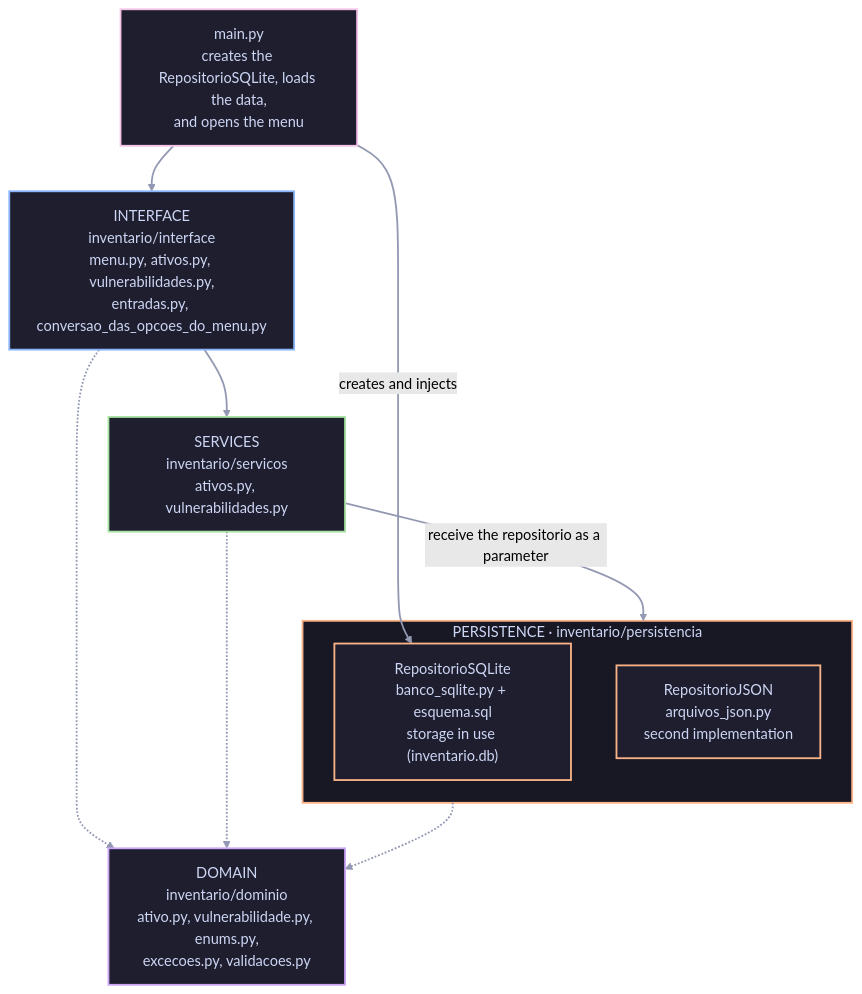
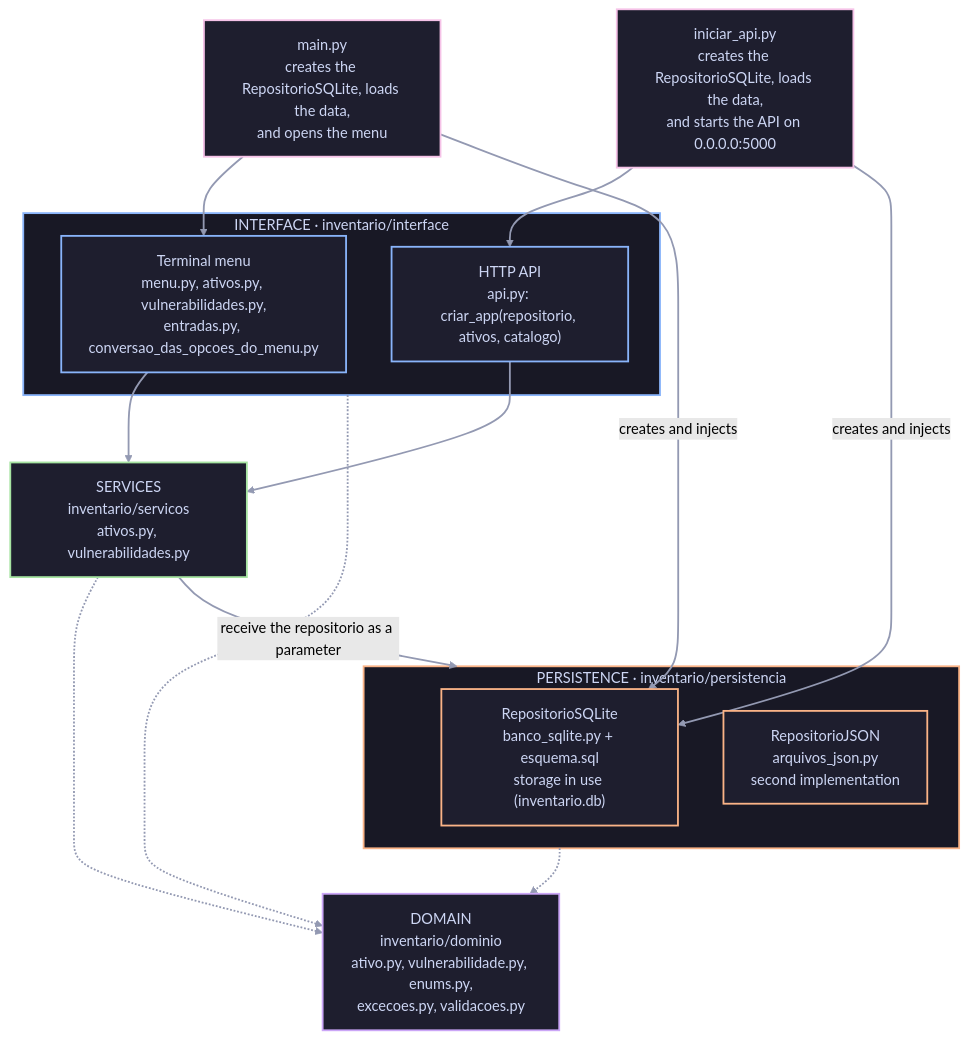
Before and after one commit to cadulugaresi/trab02_2026_2_12621cbs211: the diagram in README.md, drawn with Mermaid (forest theme). The commit also changed other lines of this file and 4 other files, not shown here.

````diff
--- a/README.md
+++ b/README.md
@@ -70,34 +93,42 @@
 ```mermaid
 flowchart TD
     main["main.py<br/>creates the RepositorioSQLite, loads the data,<br/>and opens the menu"]
-    interface["INTERFACE<br/>inventario/interface<br/>menu.py, ativos.py, vulnerabilidades.py,<br/>entradas.py, conversao_das_opcoes_do_menu.py"]
+    iniciarApi["iniciar_api.py<br/>creates the RepositorioSQLite, loads the data,<br/>and starts the API on 0.0.0.0:5000"]
+    subgraph interface["INTERFACE · inventario/interface"]
+        menu["Terminal menu<br/>menu.py, ativos.py, vulnerabilidades.py,<br/>entradas.py, conversao_das_opcoes_do_menu.py"]
+        api["HTTP API<br/>api.py: criar_app(repositorio, ativos, catalogo)"]
+    end
     servicos["SERVICES<br/>inventario/servicos<br/>ativos.py, vulnerabilidades.py"]
     subgraph persistencia["PERSISTENCE · inventario/persistencia"]
         repositorioSQLite["RepositorioSQLite<br/>banco_sqlite.py + esquema.sql<br/>storage in use (inventario.db)"]
         repositorioJSON["RepositorioJSON<br/>arquivos_json.py<br/>second implementation"]
     end
     dominio["DOMAIN<br/>inventario/dominio<br/>ativo.py, vulnerabilidade.py, enums.py,<br/>excecoes.py, validacoes.py"]
 
-    main --> interface
+    main --> menu
     main -->|creates and injects| repositorioSQLite
-    interface --> servicos
+    iniciarApi --> api
+    iniciarApi -->|creates and injects| repositorioSQLite
+    menu --> servicos
+    api --> servicos
     servicos -->|receive the repositorio as a parameter| persistencia
     interface -.-> dominio
     servicos -.-> dominio
     persistencia -.-> dominio
 
     classDef corMain fill:#1e1e2e,stroke:#f5c2e7,stroke-width:2px,color:#cdd6f4
     classDef corInterface fill:#1e1e2e,stroke:#89b4fa,stroke-width:2px,color:#cdd6f4
     classDef corServicos fill:#1e1e2e,stroke:#a6e3a1,stroke-width:2px,color:#cdd6f4
     classDef corPersistencia fill:#1e1e2e,stroke:#fab387,stroke-width:2px,color:#cdd6f4
     classDef corDominio fill:#1e1e2e,stroke:#cba6f7,stroke-width:2px,color:#cdd6f4
 
-    class main corMain
-    class interface corInterface
+    class main,iniciarApi corMain
+    class menu,api corInterface
     class servicos corServicos
     class repositorioSQLite,repositorioJSON corPersistencia
     class dominio corDominio
+    style interface fill:#181825,stroke:#89b4fa,stroke-width:2px,color:#cdd6f4
     style persistencia fill:#181825,stroke:#fab387,stroke-width:2px,color:#cdd6f4
 
     linkStyle default stroke:#9399b2,stroke-width:2px
 ```
````
